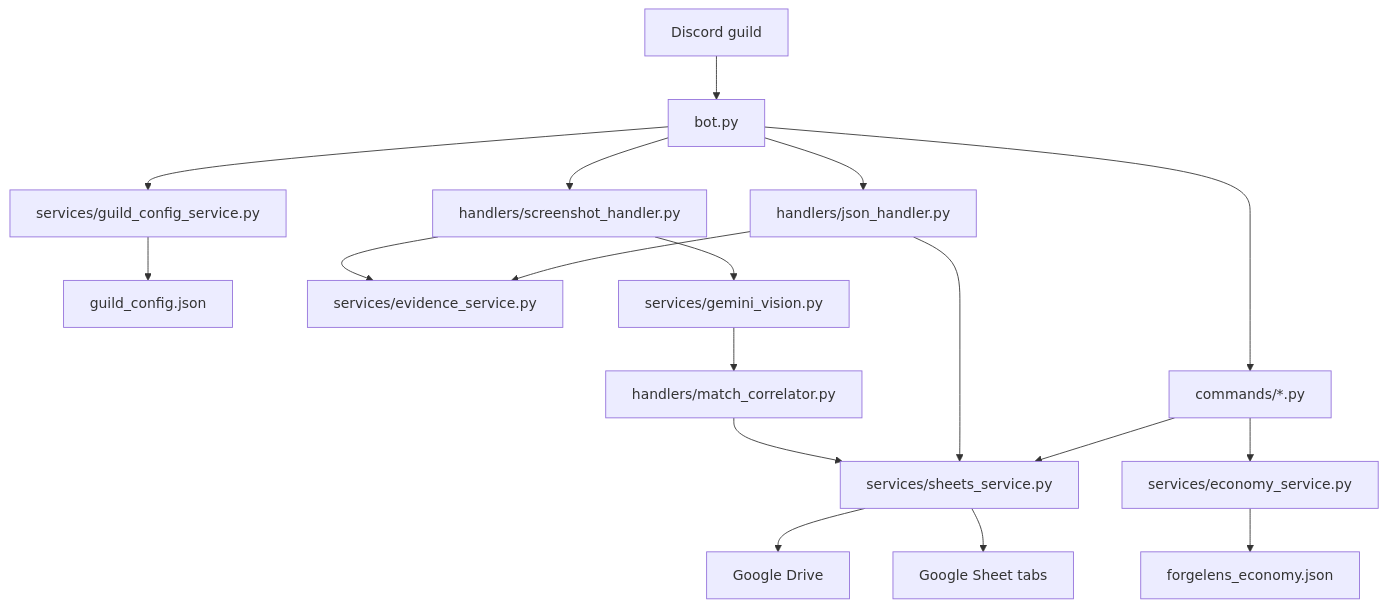
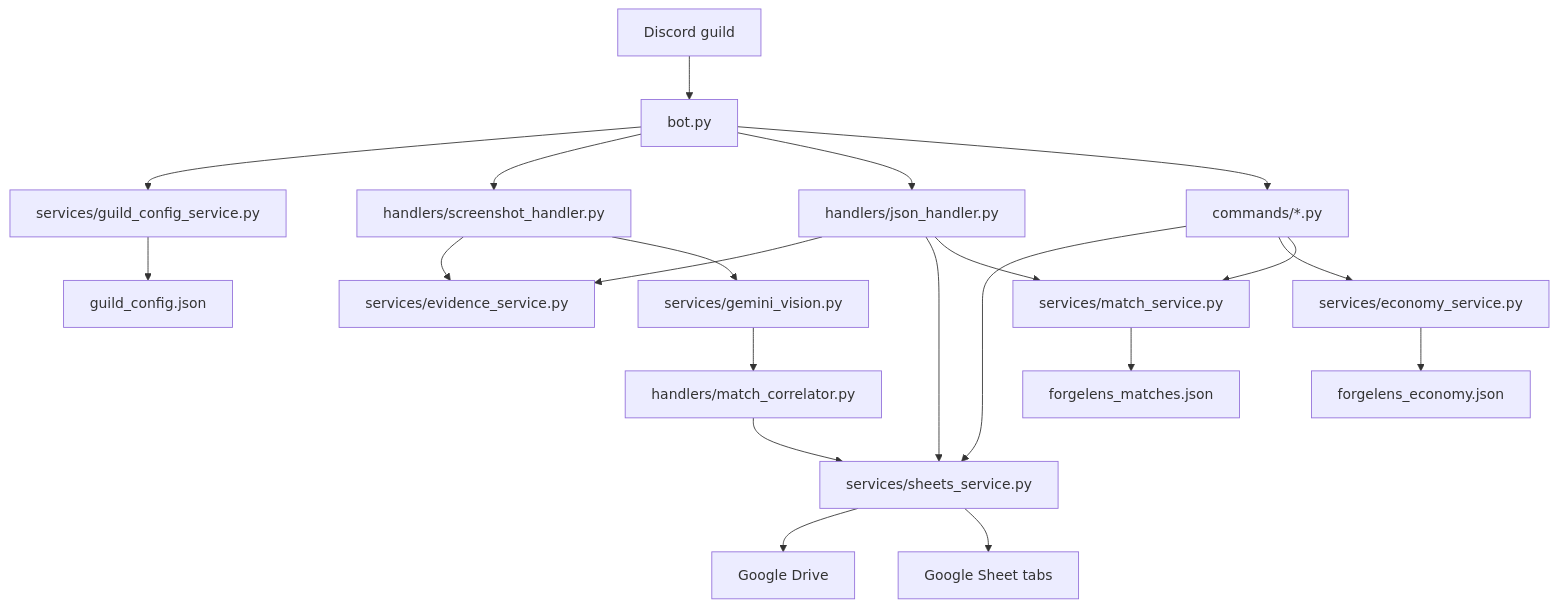
One commit to diese-tech/smite2-stat-bot changed the diagram in README.md. Above: the diagram before and after it, drawn with Mermaid. The commit also changed other lines of this file and 15 other files, not shown here.

Commit message:
Add ForgeLens-owned match lifecycle and GodForge draft linking

````diff
--- a/README.md
+++ b/README.md
@@ -87,20 +105,23 @@
 ```mermaid
 flowchart TD
     Discord["Discord guild"] --> Bot["bot.py"]
     Bot --> GuildConfig["services/guild_config_service.py"]
     GuildConfig --> ConfigFile["guild_config.json"]
     Bot --> Screenshots["handlers/screenshot_handler.py"]
     Bot --> DraftJson["handlers/json_handler.py"]
     Bot --> SlashCommands["commands/*.py"]
     Screenshots --> Evidence["services/evidence_service.py"]
     DraftJson --> Evidence
     Screenshots --> Gemini["services/gemini_vision.py"]
     Gemini --> Correlator["handlers/match_correlator.py"]
     Correlator --> Sheets["services/sheets_service.py"]
     DraftJson --> Sheets
     SlashCommands --> Sheets
     SlashCommands --> Economy["services/economy_service.py"]
     Economy --> EconomyFile["forgelens_economy.json"]
+    SlashCommands --> MatchStore["services/match_service.py"]
+    DraftJson --> MatchStore
+    MatchStore --> MatchFile["forgelens_matches.json"]
     Sheets --> Drive["Google Drive"]
     Sheets --> SeasonSheet["Google Sheet tabs"]
 ```
````
